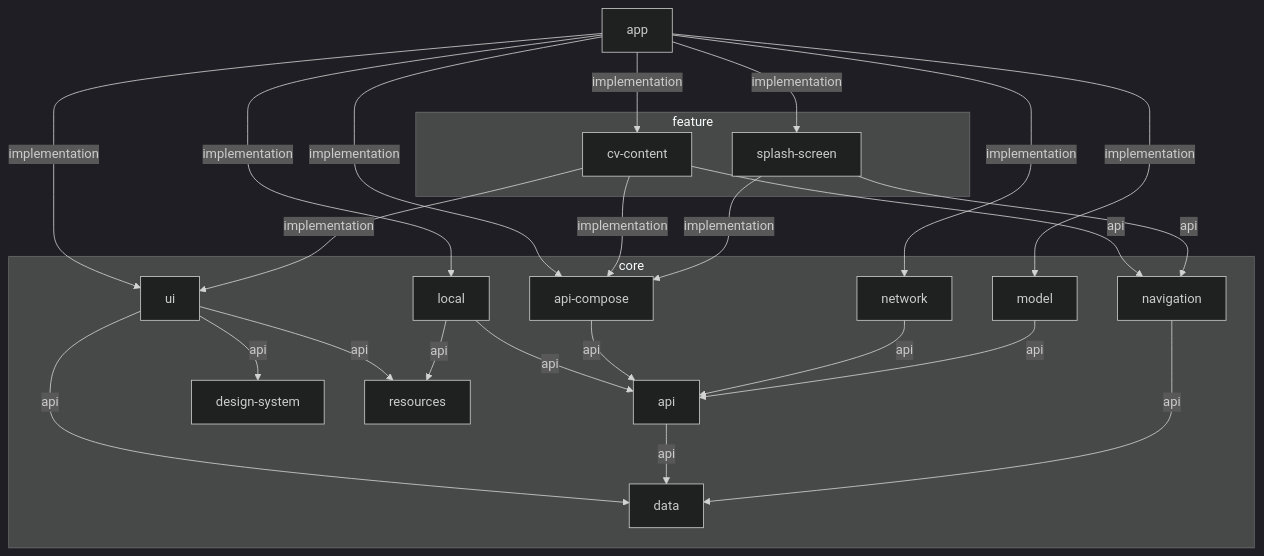
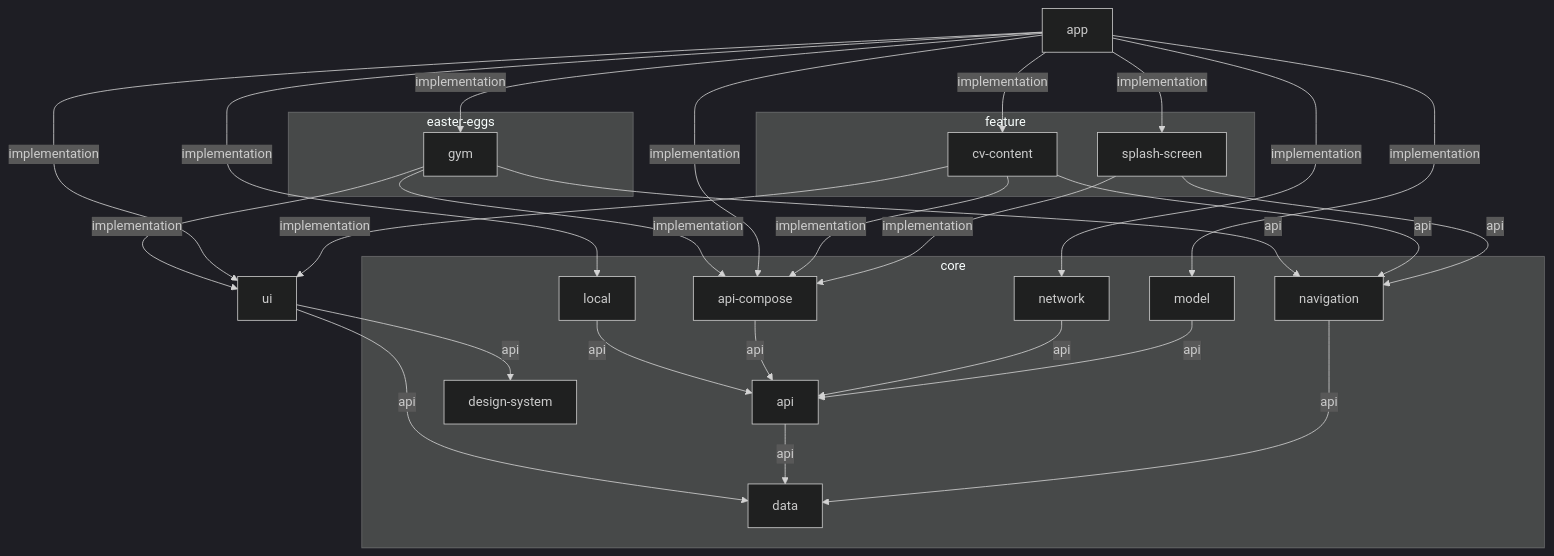
One commit to Dussim/cv-app changed the diagram in README.md. Above: the diagram before and after it, drawn with Mermaid. The commit also changed 50 other files, not shown here.

````diff
--- a/README.md
+++ b/README.md
@@ -3,49 +3,52 @@
 ```mermaid
 %%{
   init: {
     'theme': 'dark'
   }
 }%%
 
 graph TB
 
   subgraph core
     api
     api-compose
     data
     design-system
     local
     model
     navigation
     network
-    resources
-    ui
   end
   subgraph feature
     cv-content
     splash-screen
+  end
+  subgraph easter-eggs
+    gym
   end
   model -- api --> api
   navigation -- api --> data
   api -- api --> data
   network -- api --> api
   api-compose -- api --> api
   splash-screen -- api --> navigation
   splash-screen -- implementation --> api-compose
   local -- api --> api
-  local -- api --> resources
   cv-content -- api --> navigation
   cv-content -- implementation --> api-compose
   cv-content -- implementation --> ui
   ui -- api --> data
   ui -- api --> design-system
-  ui -- api --> resources
   app -- implementation --> api-compose
   app -- implementation --> ui
   app -- implementation --> model
   app -- implementation --> local
   app -- implementation --> network
   app -- implementation --> splash-screen
   app -- implementation --> cv-content
+  app -- implementation --> gym
+  gym -- api --> navigation
+  gym -- implementation --> api-compose
+  gym -- implementation --> ui
 
 ```
````
